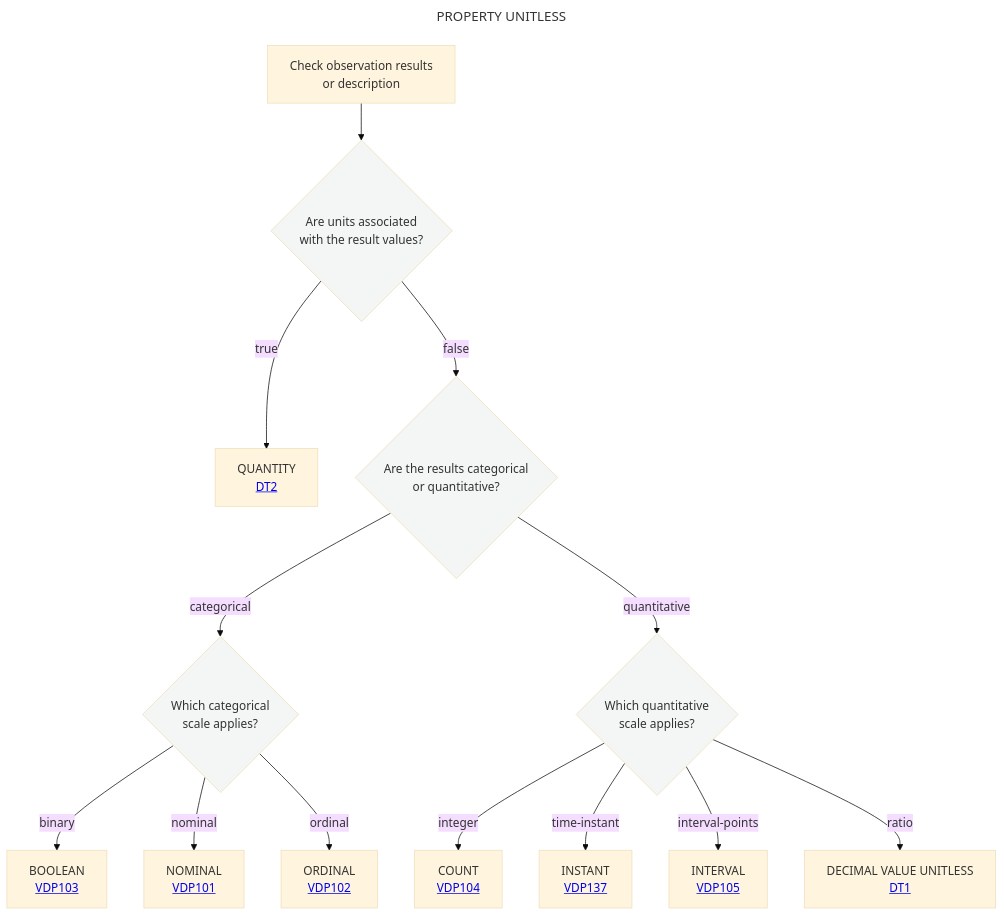
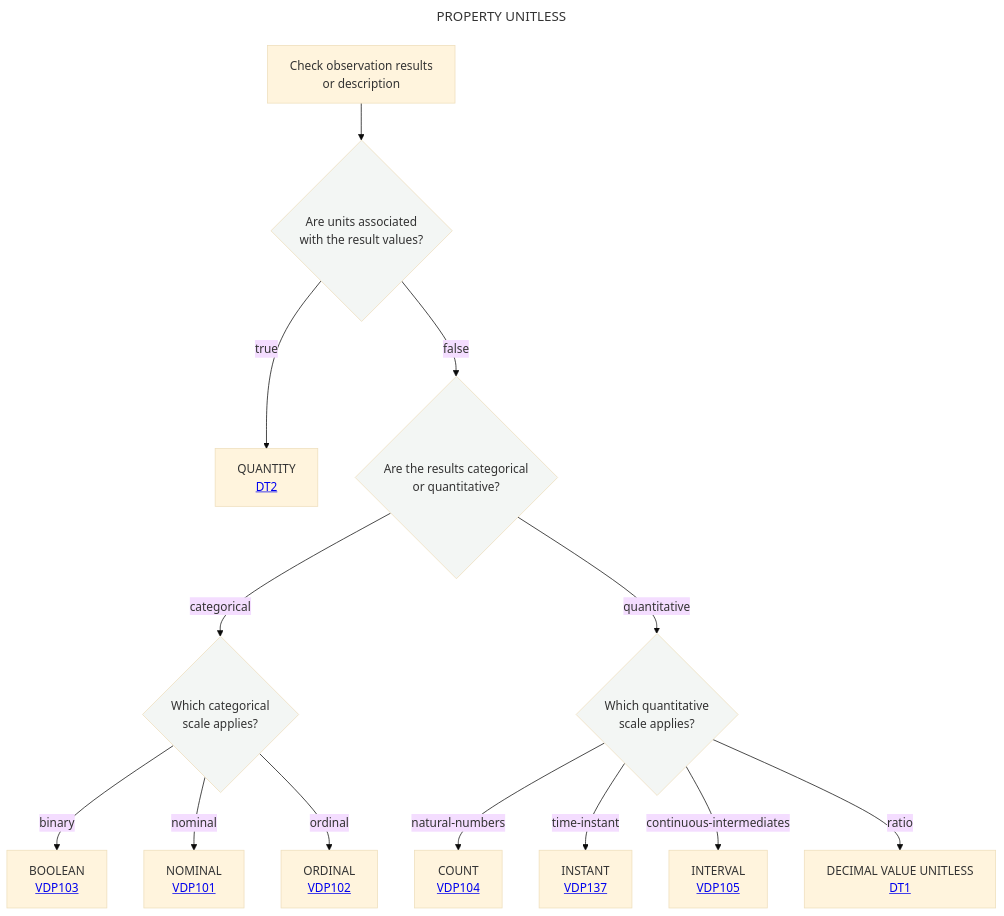
The diagram in Decisition_trees/DT0.mmd (mabablue/I-ADOPT-patterns-playground), drawn with Mermaid (base theme) before and after one commit.

Commit message:
Update labels for quantitative scale options

```diff
--- a/Decisition_trees/DT0.mmd
+++ b/Decisition_trees/DT0.mmd
@@ -1,27 +1,27 @@
 ---
 title: PROPERTY UNITLESS
 ---
 flowchart TD
     A[Check observation results <br> or description] --> B{Are units associated <br> with the result values?}:::white
     
     %% Branch: Units Present -> QUANTITY (Ratio Scale with Units)
     B --> |true|N[QUANTITY <br> <a href='https://github.com/mabablue/I-ADOPT-patterns-playground/blob/main/Decisition_trees/DT2.mmd'>DT2</a><br>]
     
     %% Branch: Unitless Path
     B --> |false|C{Are the results categorical <br> or quantitative?}:::white
     
     %% Categorical Branch (Binary, Nominal, Ordinal)
     C -- categorical --> D{Which categorical <br> scale applies?}:::white
     D -- binary --> E[BOOLEAN <br> <a href='https://github.com/mabablue/I-ADOPT-patterns-playground/blob/main/pattern/VDP103.yaml'>VDP103</a><br>]
     D -- nominal -->F[NOMINAL <br> <a href='https://github.com/mabablue/I-ADOPT-patterns-playground/blob/main/pattern/VDP101.yaml'>VDP101</a><br>]
     D -- ordinal -->G[ORDINAL <br> <a href='https://github.com/mabablue/I-ADOPT-patterns-playground/blob/main/pattern/VDP102.yaml'>VDP102</a><br>]
     C -- quantitative -->H{Which quantitative <br> scale applies?}:::white
-    H -- integer -->I[COUNT <br> <a href='https://github.com/mabablue/I-ADOPT-patterns-playground/blob/main/pattern/VDP104.yaml'>VDP104</a><br>]
+    H -- natural-numbers -->I[COUNT <br> <a href='https://github.com/mabablue/I-ADOPT-patterns-playground/blob/main/pattern/VDP104.yaml'>VDP104</a><br>]
     H -- time-instant -->K[INSTANT <br> <a href='https://github.com/mabablue/I-ADOPT-patterns-playground/blob/main/pattern/VDP137.yaml'>VDP137</a><br>]
-    H -- interval-points -->L[INTERVAL <br> <a href='https://github.com/mabablue/I-ADOPT-patterns-playground/blob/main/pattern/VDP105.yaml'>VDP105</a><br>]
+    H -- continuous-intermediates -->L[INTERVAL <br> <a href='https://github.com/mabablue/I-ADOPT-patterns-playground/blob/main/pattern/VDP105.yaml'>VDP105</a><br>]
     H -- ratio -->M[DECIMAL VALUE UNITLESS <br> <a href='https://github.com/mabablue/I-ADOPT-patterns-playground/blob/main/Decisition_trees/DT1.mmd'>DT1</a><br>]
 
     classDef blue fill:#90D5FF
     classDef satblue fill:#57B9FF
     classDef white fill:#f3f6f4
     classDef green fill:#6aa84f
```
